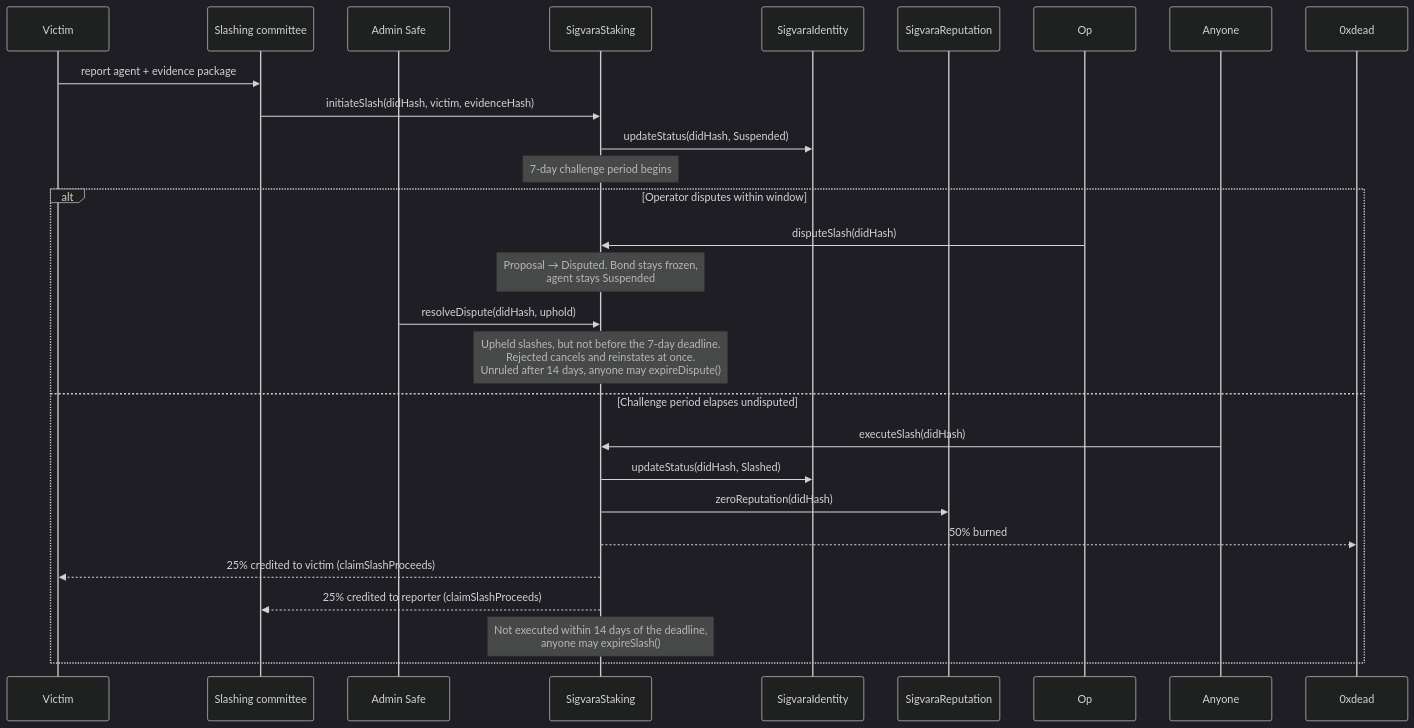
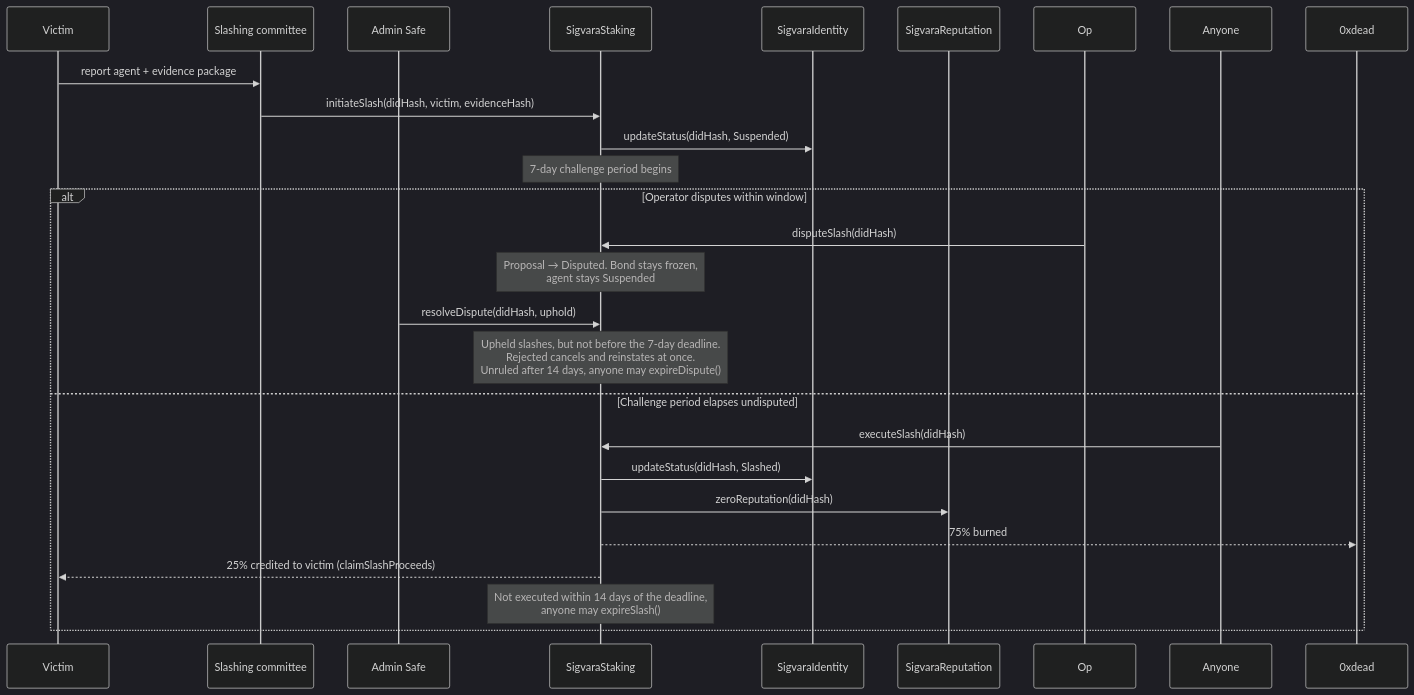
One commit to RunTimeAdmin/Sigvara changed the third of 6 diagrams in README.md. Above: the diagram before and after it, drawn with Mermaid (dark theme). The commit also changed other lines of this file and 17 other files, not shown here.

````diff
--- a/README.md
+++ b/README.md
@@ -279,29 +279,28 @@
 ```mermaid
 sequenceDiagram
     participant V as Victim
     participant CM as Slashing committee
     participant AD as Admin Safe
     participant ST as SigvaraStaking
     participant ID as SigvaraIdentity
     participant REP as SigvaraReputation
 
     V->>CM: report agent + evidence package
     CM->>ST: initiateSlash(didHash, victim, evidenceHash)
     ST->>ID: updateStatus(didHash, Suspended)
     Note over ST: 7-day challenge period begins
 
     alt Operator disputes within window
         Op->>ST: disputeSlash(didHash)
         Note over ST: Proposal → Disputed. Bond stays frozen,<br/>agent stays Suspended
         AD->>ST: resolveDispute(didHash, uphold)
         Note over ST: Upheld slashes, but not before the 7-day deadline.<br/>Rejected cancels and reinstates at once.<br/>Unruled after 14 days, anyone may expireDispute()
     else Challenge period elapses undisputed
         Anyone->>ST: executeSlash(didHash)
         ST->>ID: updateStatus(didHash, Slashed)
         ST->>REP: zeroReputation(didHash)
-        ST-->>0xdead: 50% burned
+        ST-->>0xdead: 75% burned
         ST-->>V: 25% credited to victim (claimSlashProceeds)
-        ST-->>CM: 25% credited to reporter (claimSlashProceeds)
         Note over ST: Not executed within 14 days of the deadline,<br/>anyone may expireSlash()
     end
 ```
````
